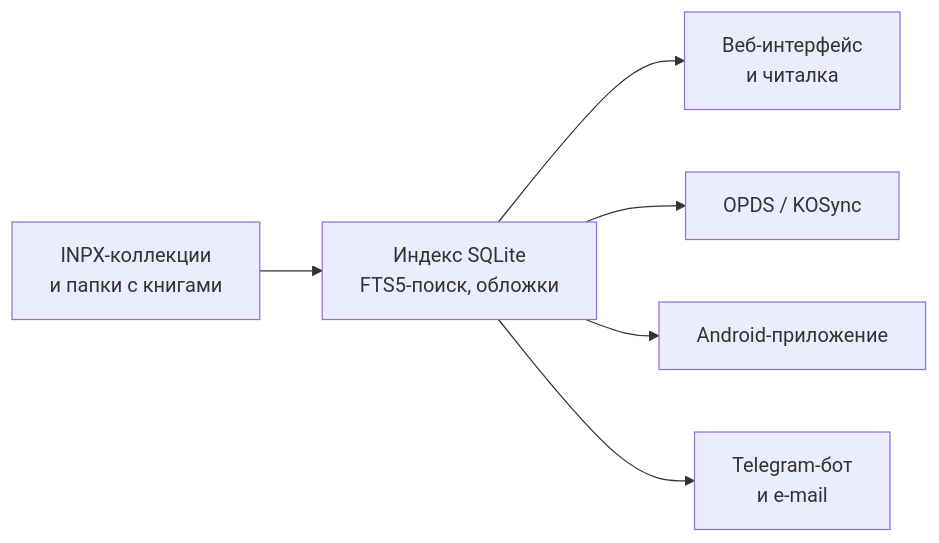
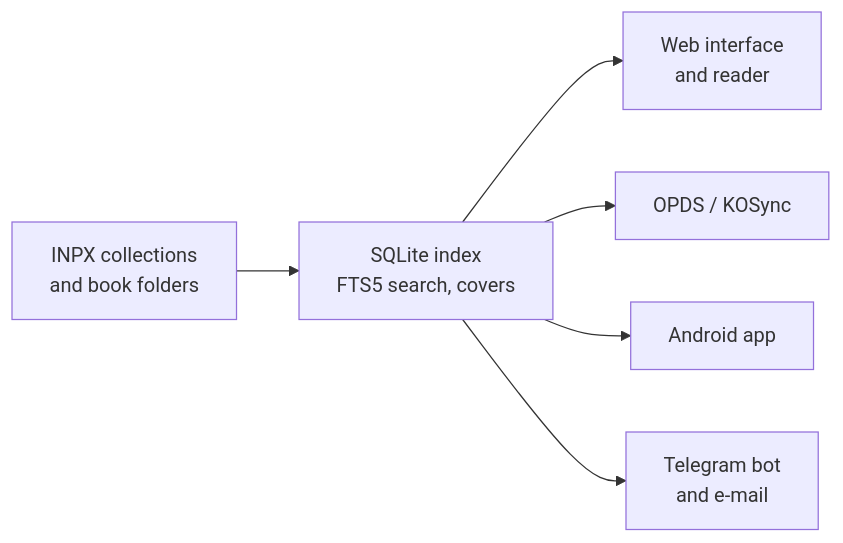
One commit to Habsaec/inpx-library-server changed the diagram in README.md. Above: the diagram before and after it, drawn with Mermaid. The commit also changed other lines of this file and 2 other files, not shown here.

````diff
--- a/README.md
+++ b/README.md
@@ -268,8 +229,8 @@
 ```mermaid
 flowchart LR
-  A["INPX-коллекции<br>и папки с книгами"] --> B["Индекс SQLite<br>FTS5-поиск, обложки"]
-  B --> W["Веб-интерфейс<br>и читалка"]
+  A["INPX collections<br>and book folders"] --> B["SQLite index<br>FTS5 search, covers"]
+  B --> W["Web interface<br>and reader"]
   B --> O["OPDS / KOSync"]
-  B --> R["Android-приложение"]
-  B --> T["Telegram-бот<br>и e-mail"]
+  B --> R["Android app"]
+  B --> T["Telegram bot<br>and e-mail"]
 ```
````
